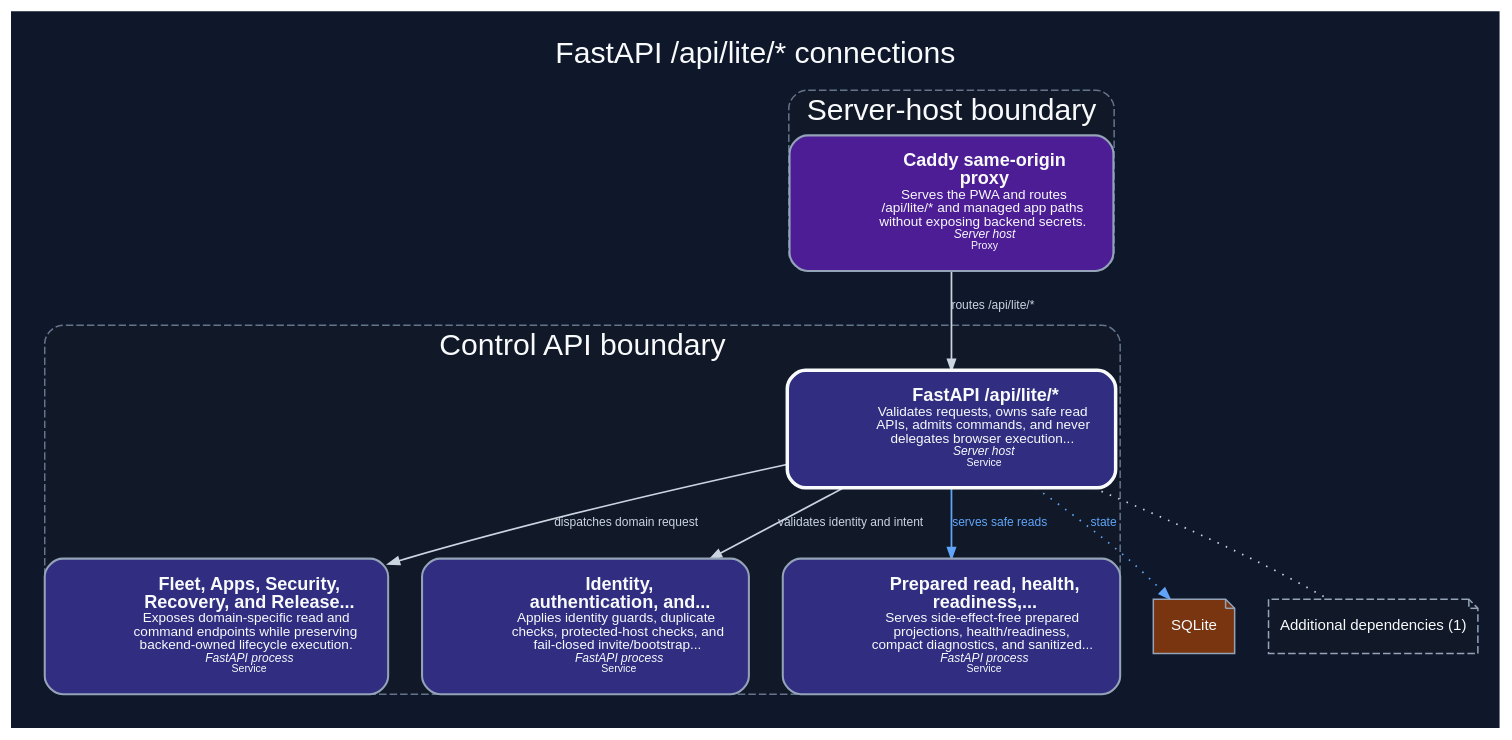
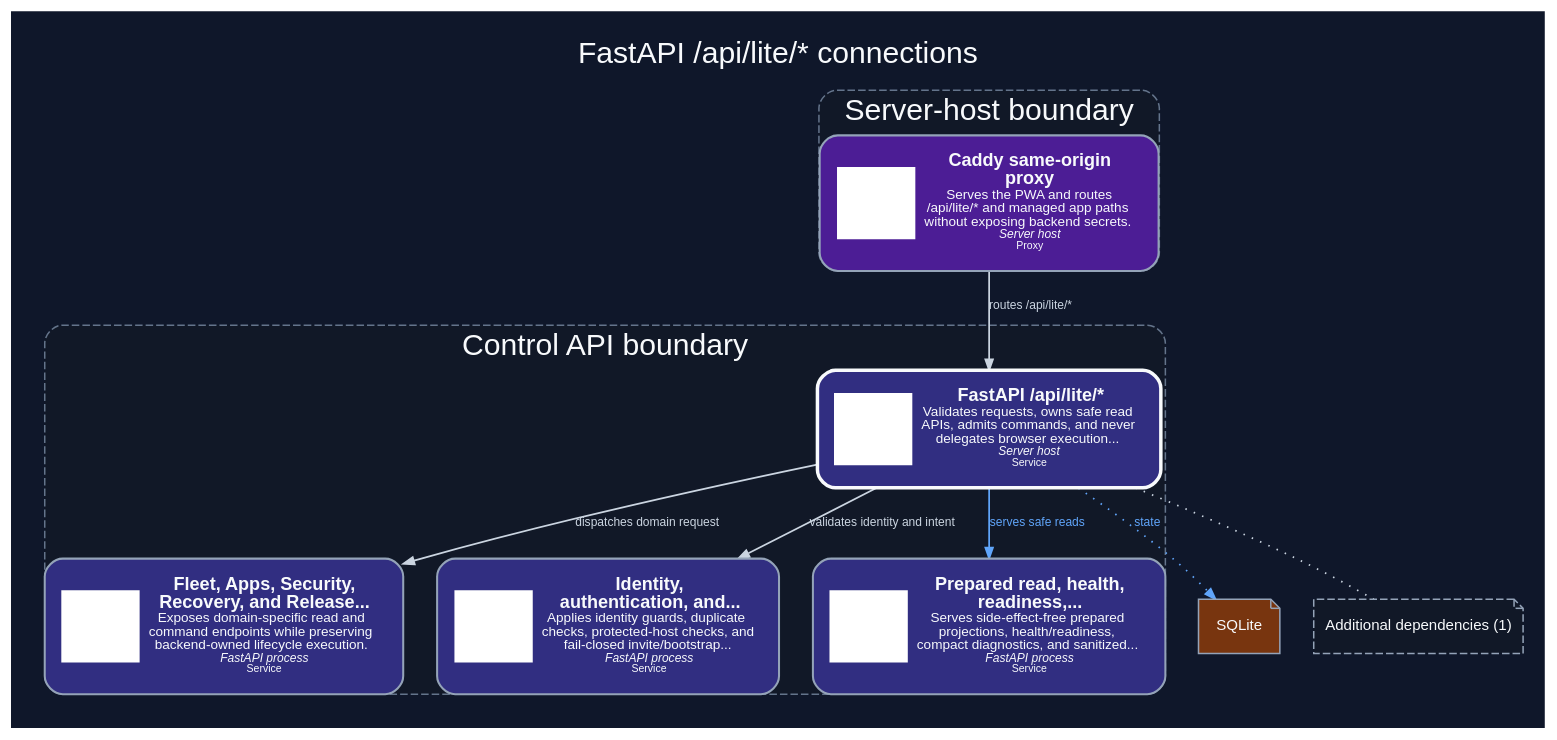
Before and after one commit to dexter-lab-ctrl/pocket-lab-lite: the diagram in docs/assets/diagrams/production/components/lite-api.dark.dot, drawn with Graphviz. The commit also changed 550 other files, not shown here.

Commit message:
docs: add brand icons and executive architecture poster

```diff
--- a/docs/assets/diagrams/production/components/lite-api.dark.dot
+++ b/docs/assets/diagrams/production/components/lite-api.dark.dot
@@ -1,64 +1,64 @@
 digraph component_lite_api {
   graph [
     rankdir="TB",
     splines="spline",
     compound="true",
     newrank="true",
     nodesep="0.30",
     ranksep="0.52",
     ratio="compress",
     pad="0.20",
     margin="0",
     outputorder="edgesfirst",
     bgcolor="#0f172a",
     fontcolor="#f8fafc",
     fontname="Arial",
     label="FastAPI /api/lite/* connections",
     labelloc="t",
     fontsize="20"
   ];
   node [
     fontname="Arial",
     fontsize="10",
     color="#94a3b8",
     fontcolor="#f8fafc",
     margin="0.12,0.08"
   ];
   edge [
     fontname="Arial",
     fontsize="8",
     color="#94a3b8",
     fontcolor="#cbd5e1",
     arrowsize="0.72",
     penwidth="1.15"
   ];
   subgraph "cluster_control-api" {
     label="Control API boundary";
     style="rounded,dashed,filled";
     color="#64748b";
     fillcolor="#111827";
     fontcolor="#f8fafc";
     penwidth="1.0";
-    "api-domain-surfaces" [label=<<TABLE BORDER="0" CELLBORDER="0" CELLPADDING="4"><TR><TD FIXEDSIZE="TRUE" WIDTH="42" HEIGHT="42"> </TD><TD ALIGN="LEFT"><FONT POINT-SIZE="12"><B>Fleet, Apps, Security,<BR/>Recovery, and Release...</B></FONT><BR/><FONT POINT-SIZE="9">Exposes domain-specific read and<BR/>command endpoints while preserving<BR/>backend-owned lifecycle execution.</FONT><BR/><FONT POINT-SIZE="8"><I>FastAPI process</I></FONT><BR/><FONT POINT-SIZE="7.5">Service</FONT></TD></TR></TABLE>>, shape="box", style="rounded,filled", fillcolor="#312e81", color="#94a3b8", fontcolor="#f8fafc", penwidth="1.35", tooltip="Fleet, Apps, Security, Recovery, and Release APIs. Exposes domain-specific read and command endpoints while preserving backend-owned lifecycle execution.", URL="../../../../generated/production/architecture/components/api-domain-surfaces/", target="_top"];
-    "api-guards" [label=<<TABLE BORDER="0" CELLBORDER="0" CELLPADDING="4"><TR><TD FIXEDSIZE="TRUE" WIDTH="42" HEIGHT="42"> </TD><TD ALIGN="LEFT"><FONT POINT-SIZE="12"><B>Identity,<BR/>authentication, and...</B></FONT><BR/><FONT POINT-SIZE="9">Applies identity guards, duplicate<BR/>checks, protected-host checks, and<BR/>fail-closed invite/bootstrap...</FONT><BR/><FONT POINT-SIZE="8"><I>FastAPI process</I></FONT><BR/><FONT POINT-SIZE="7.5">Service</FONT></TD></TR></TABLE>>, shape="box", style="rounded,filled", fillcolor="#312e81", color="#94a3b8", fontcolor="#f8fafc", penwidth="1.35", tooltip="Identity, authentication, and invite guards. Applies identity guards, duplicate checks, protected-host checks, and fail-closed invite/bootstrap acceptance.", URL="../../../../generated/production/architecture/components/api-guards/", target="_top"];
-    "api-read-surfaces" [label=<<TABLE BORDER="0" CELLBORDER="0" CELLPADDING="4"><TR><TD FIXEDSIZE="TRUE" WIDTH="42" HEIGHT="42"> </TD><TD ALIGN="LEFT"><FONT POINT-SIZE="12"><B>Prepared read, health,<BR/>readiness,...</B></FONT><BR/><FONT POINT-SIZE="9">Serves side-effect-free prepared<BR/>projections, health/readiness,<BR/>compact diagnostics, and sanitized...</FONT><BR/><FONT POINT-SIZE="8"><I>FastAPI process</I></FONT><BR/><FONT POINT-SIZE="7.5">Service</FONT></TD></TR></TABLE>>, shape="box", style="rounded,filled", fillcolor="#312e81", color="#94a3b8", fontcolor="#f8fafc", penwidth="1.35", tooltip="Prepared read, health, readiness, diagnostics, and evidence APIs. Serves side-effect-free prepared projections, health/readiness, compact diagnostics, and sanitized evidence lookups.", URL="../../../../generated/production/architecture/components/api-read-surfaces/", target="_top"];
-    "lite-api" [label=<<TABLE BORDER="0" CELLBORDER="0" CELLPADDING="4"><TR><TD FIXEDSIZE="TRUE" WIDTH="42" HEIGHT="42"> </TD><TD ALIGN="LEFT"><FONT POINT-SIZE="12"><B>FastAPI /api/lite/*</B></FONT><BR/><FONT POINT-SIZE="9">Validates requests, owns safe read<BR/>APIs, admits commands, and never<BR/>delegates browser execution...</FONT><BR/><FONT POINT-SIZE="8"><I>Server host</I></FONT><BR/><FONT POINT-SIZE="7.5">Service</FONT></TD></TR></TABLE>>, shape="box", style="rounded,filled,bold", fillcolor="#312e81", color="#f8fafc", fontcolor="#f8fafc", penwidth="2.3", tooltip="FastAPI /api/lite/*. Validates requests, owns safe read APIs, admits commands, and never delegates browser execution directly to NATS or shell.", URL="../../../../generated/production/architecture/components/lite-api/", target="_top"];
+    "api-domain-surfaces" [label=<<TABLE BORDER="0" CELLBORDER="0" CELLPADDING="4"><TR><TD FIXEDSIZE="TRUE" WIDTH="52" HEIGHT="48" BGCOLOR="#FFFFFF"> </TD><TD ALIGN="LEFT"><FONT POINT-SIZE="12"><B>Fleet, Apps, Security,<BR/>Recovery, and Release...</B></FONT><BR/><FONT POINT-SIZE="9">Exposes domain-specific read and<BR/>command endpoints while preserving<BR/>backend-owned lifecycle execution.</FONT><BR/><FONT POINT-SIZE="8"><I>FastAPI process</I></FONT><BR/><FONT POINT-SIZE="7.5">Service</FONT></TD></TR></TABLE>>, shape="box", style="rounded,filled", fillcolor="#312e81", color="#94a3b8", fontcolor="#f8fafc", penwidth="1.35", tooltip="Fleet, Apps, Security, Recovery, and Release APIs. Exposes domain-specific read and command endpoints while preserving backend-owned lifecycle execution.", URL="../../../../generated/production/architecture/components/api-domain-surfaces/", target="_top"];
+    "api-guards" [label=<<TABLE BORDER="0" CELLBORDER="0" CELLPADDING="4"><TR><TD FIXEDSIZE="TRUE" WIDTH="52" HEIGHT="48" BGCOLOR="#FFFFFF"> </TD><TD ALIGN="LEFT"><FONT POINT-SIZE="12"><B>Identity,<BR/>authentication, and...</B></FONT><BR/><FONT POINT-SIZE="9">Applies identity guards, duplicate<BR/>checks, protected-host checks, and<BR/>fail-closed invite/bootstrap...</FONT><BR/><FONT POINT-SIZE="8"><I>FastAPI process</I></FONT><BR/><FONT POINT-SIZE="7.5">Service</FONT></TD></TR></TABLE>>, shape="box", style="rounded,filled", fillcolor="#312e81", color="#94a3b8", fontcolor="#f8fafc", penwidth="1.35", tooltip="Identity, authentication, and invite guards. Applies identity guards, duplicate checks, protected-host checks, and fail-closed invite/bootstrap acceptance.", URL="../../../../generated/production/architecture/components/api-guards/", target="_top"];
+    "api-read-surfaces" [label=<<TABLE BORDER="0" CELLBORDER="0" CELLPADDING="4"><TR><TD FIXEDSIZE="TRUE" WIDTH="52" HEIGHT="48" BGCOLOR="#FFFFFF"> </TD><TD ALIGN="LEFT"><FONT POINT-SIZE="12"><B>Prepared read, health,<BR/>readiness,...</B></FONT><BR/><FONT POINT-SIZE="9">Serves side-effect-free prepared<BR/>projections, health/readiness,<BR/>compact diagnostics, and sanitized...</FONT><BR/><FONT POINT-SIZE="8"><I>FastAPI process</I></FONT><BR/><FONT POINT-SIZE="7.5">Service</FONT></TD></TR></TABLE>>, shape="box", style="rounded,filled", fillcolor="#312e81", color="#94a3b8", fontcolor="#f8fafc", penwidth="1.35", tooltip="Prepared read, health, readiness, diagnostics, and evidence APIs. Serves side-effect-free prepared projections, health/readiness, compact diagnostics, and sanitized evidence lookups.", URL="../../../../generated/production/architecture/components/api-read-surfaces/", target="_top"];
+    "lite-api" [label=<<TABLE BORDER="0" CELLBORDER="0" CELLPADDING="4"><TR><TD FIXEDSIZE="TRUE" WIDTH="52" HEIGHT="48" BGCOLOR="#FFFFFF"> </TD><TD ALIGN="LEFT"><FONT POINT-SIZE="12"><B>FastAPI /api/lite/*</B></FONT><BR/><FONT POINT-SIZE="9">Validates requests, owns safe read<BR/>APIs, admits commands, and never<BR/>delegates browser execution...</FONT><BR/><FONT POINT-SIZE="8"><I>Server host</I></FONT><BR/><FONT POINT-SIZE="7.5">Service</FONT></TD></TR></TABLE>>, shape="box", style="rounded,filled,bold", fillcolor="#312e81", color="#f8fafc", fontcolor="#f8fafc", penwidth="2.3", tooltip="FastAPI /api/lite/*. Validates requests, owns safe read APIs, admits commands, and never delegates browser execution directly to NATS or shell.", URL="../../../../generated/production/architecture/components/lite-api/", target="_top"];
   }
   subgraph "cluster_server-host" {
     label="Server-host boundary";
     style="rounded,dashed,filled";
     color="#64748b";
     fillcolor="#111827";
     fontcolor="#f8fafc";
     penwidth="1.0";
-    "caddy" [label=<<TABLE BORDER="0" CELLBORDER="0" CELLPADDING="4"><TR><TD FIXEDSIZE="TRUE" WIDTH="42" HEIGHT="42"> </TD><TD ALIGN="LEFT"><FONT POINT-SIZE="12"><B>Caddy same-origin<BR/>proxy</B></FONT><BR/><FONT POINT-SIZE="9">Serves the PWA and routes<BR/>/api/lite/* and managed app paths<BR/>without exposing backend secrets.</FONT><BR/><FONT POINT-SIZE="8"><I>Server host</I></FONT><BR/><FONT POINT-SIZE="7.5">Proxy</FONT></TD></TR></TABLE>>, shape="box", style="rounded,filled", fillcolor="#4c1d95", color="#94a3b8", fontcolor="#f8fafc", penwidth="1.35", tooltip="Caddy same-origin proxy. Serves the PWA and routes /api/lite/* and managed app paths without exposing backend secrets.", URL="../../../../generated/production/architecture/components/caddy/", target="_top"];
+    "caddy" [label=<<TABLE BORDER="0" CELLBORDER="0" CELLPADDING="4"><TR><TD FIXEDSIZE="TRUE" WIDTH="52" HEIGHT="48" BGCOLOR="#FFFFFF"> </TD><TD ALIGN="LEFT"><FONT POINT-SIZE="12"><B>Caddy same-origin<BR/>proxy</B></FONT><BR/><FONT POINT-SIZE="9">Serves the PWA and routes<BR/>/api/lite/* and managed app paths<BR/>without exposing backend secrets.</FONT><BR/><FONT POINT-SIZE="8"><I>Server host</I></FONT><BR/><FONT POINT-SIZE="7.5">Proxy</FONT></TD></TR></TABLE>>, shape="box", style="rounded,filled", fillcolor="#4c1d95", color="#94a3b8", fontcolor="#f8fafc", penwidth="1.35", tooltip="Caddy same-origin proxy. Serves the PWA and routes /api/lite/* and managed app paths without exposing backend secrets.", URL="../../../../generated/production/architecture/components/caddy/", target="_top"];
   }
-  "lite-api" -> "api-domain-surfaces" [label="dispatches domain request", tooltip="dispatches domain request (Python)", style="solid", arrowhead="normal", color="#cbd5e1", fontcolor="#cbd5e1"];
-  "lite-api" -> "api-guards" [label="validates identity and intent", tooltip="validates identity and intent (Python)", style="solid", arrowhead="normal", color="#cbd5e1", fontcolor="#cbd5e1"];
-  "lite-api" -> "api-read-surfaces" [label="serves safe reads", tooltip="serves safe reads (Python)", style="solid", arrowhead="normal", color="#60a5fa", fontcolor="#60a5fa"];
-  "caddy" -> "lite-api" [label="routes /api/lite/*", tooltip="routes /api/lite/* (HTTP)", style="solid", arrowhead="normal", color="#cbd5e1", fontcolor="#cbd5e1"];
+  "lite-api" -> "api-domain-surfaces" [label="dispatches domain request", tooltip="dispatches domain request (Python)", style="solid", arrowhead="normal", color="#cbd5e1", fontcolor="#cbd5e1", penwidth="1.15", arrowsize="0.72"];
+  "lite-api" -> "api-guards" [label="validates identity and intent", tooltip="validates identity and intent (Python)", style="solid", arrowhead="normal", color="#cbd5e1", fontcolor="#cbd5e1", penwidth="1.15", arrowsize="0.72"];
+  "lite-api" -> "api-read-surfaces" [label="serves safe reads", tooltip="serves safe reads (Python)", style="solid", arrowhead="normal", color="#60a5fa", fontcolor="#60a5fa", penwidth="1.15", arrowsize="0.72"];
+  "caddy" -> "lite-api" [label="routes /api/lite/*", tooltip="routes /api/lite/* (HTTP)", style="solid", arrowhead="normal", color="#cbd5e1", fontcolor="#cbd5e1", penwidth="1.15", arrowsize="0.72"];
   "state_dependency_0" [label="SQLite", shape="note", style="filled", fillcolor="#78350f", color="#94a3b8", fontcolor="#f8fafc", tooltip="Durable-state dependency"];
   "lite-api" -> "state_dependency_0" [label="state", style="dotted", color="#60a5fa", fontcolor="#60a5fa"];
   "additional_dependencies" [label="Additional dependencies (1)", shape="note", style="dashed,filled", fillcolor="#111827", color="#94a3b8", fontcolor="#f8fafc", tooltip="Additional dependencies (1)"];
   "lite-api" -> "additional_dependencies" [style="dotted", arrowhead="none", color="#cbd5e1"];
 }
```
